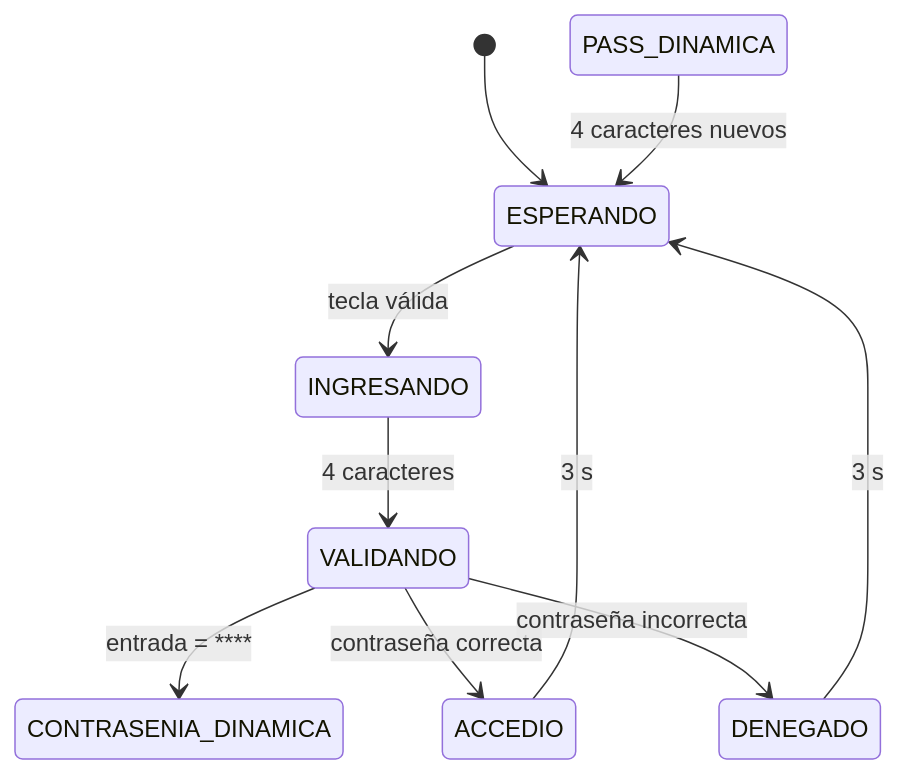
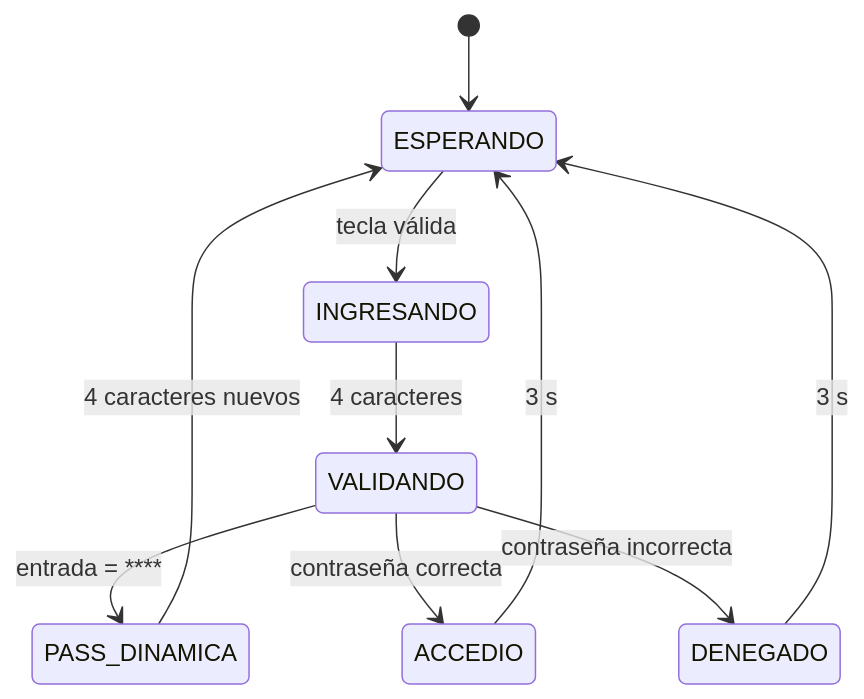
One commit to valentinavilla193/access_system changed the first of 3 diagrams in Reto_2_Sistema_Acceso_STM32F407/docs/diagramas_estados.md. Above: the diagram before and after it, drawn with Mermaid.

Commit message:
PASS_DINAMICA

````diff
--- a/Reto_2_Sistema_Acceso_STM32F407/docs/diagramas_estados.md
+++ b/Reto_2_Sistema_Acceso_STM32F407/docs/diagramas_estados.md
@@ -5,16 +5,16 @@
 ```mermaid
 stateDiagram-v2
     [*] --> ESPERANDO
 
     ESPERANDO --> INGRESANDO: tecla válida
     INGRESANDO --> VALIDANDO: 4 caracteres
 
-    VALIDANDO --> CONTRASENIA_DINAMICA: entrada = ****
+    VALIDANDO --> PASS_DINAMICA: entrada = ****
     VALIDANDO --> ACCEDIO: contraseña correcta
     VALIDANDO --> DENEGADO: contraseña incorrecta
 
     PASS_DINAMICA --> ESPERANDO: 4 caracteres nuevos
 
     ACCEDIO --> ESPERANDO: 3 s
     DENEGADO --> ESPERANDO: 3 s
 ```
````
